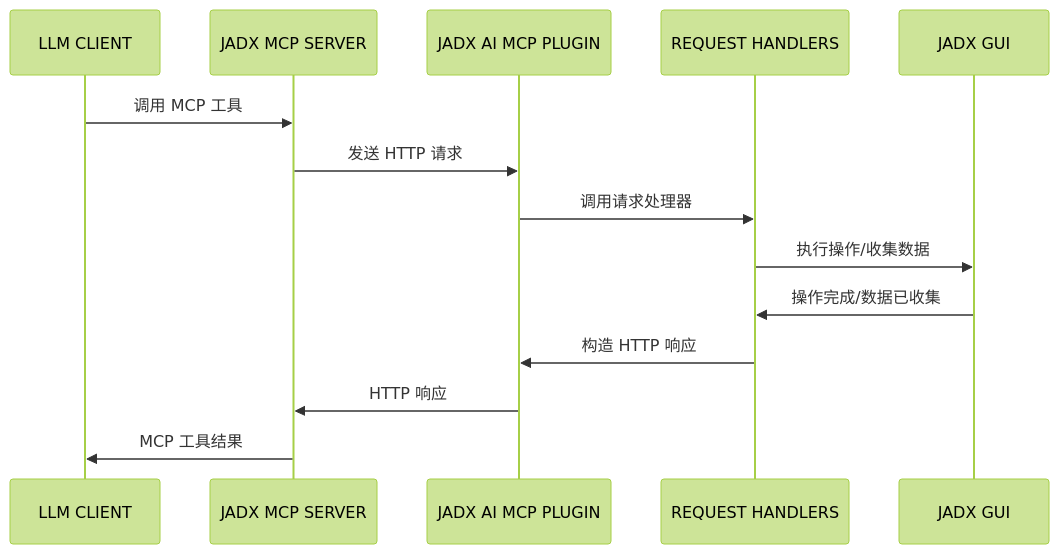
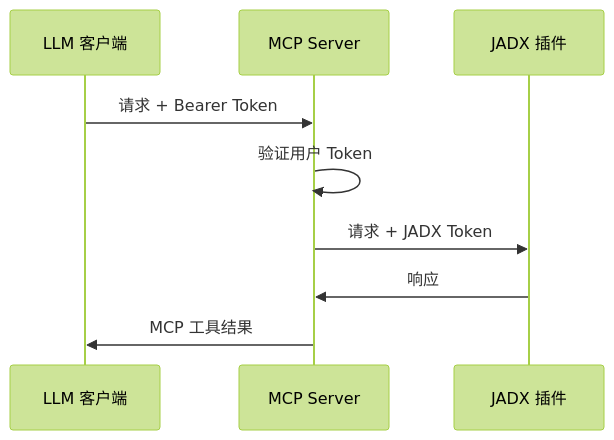
One commit to xjoker/jadx-ai-mcp changed the fourth of 4 diagrams in README_ZH.md. Above: the diagram before and after it, drawn with Mermaid (forest theme). The commit also changed other lines of this file, not shown here.

````diff
--- a/README_ZH.md
+++ b/README_ZH.md
@@ -111,11 +327,12 @@
 ```mermaid
 sequenceDiagram
-LLM CLIENT->>JADX MCP SERVER: 调用 MCP 工具
-JADX MCP SERVER->>JADX AI MCP PLUGIN: 发送 HTTP 请求
-JADX AI MCP PLUGIN->>REQUEST HANDLERS: 调用请求处理器
-REQUEST HANDLERS->>JADX GUI: 执行操作/收集数据
-JADX GUI->>REQUEST HANDLERS: 操作完成/数据已收集
-REQUEST HANDLERS->>JADX AI MCP PLUGIN: 构造 HTTP 响应
-JADX AI MCP PLUGIN->>JADX MCP SERVER: HTTP 响应
-JADX MCP SERVER->>LLM CLIENT: MCP 工具结果
+    participant Client as LLM 客户端
+    participant MCP as MCP Server
+    participant JADX as JADX 插件
+    
+    Client->>MCP: 请求 + Bearer Token
+    MCP->>MCP: 验证用户 Token
+    MCP->>JADX: 请求 + JADX Token
+    JADX->>MCP: 响应
+    MCP->>Client: MCP 工具结果
 ```
````
